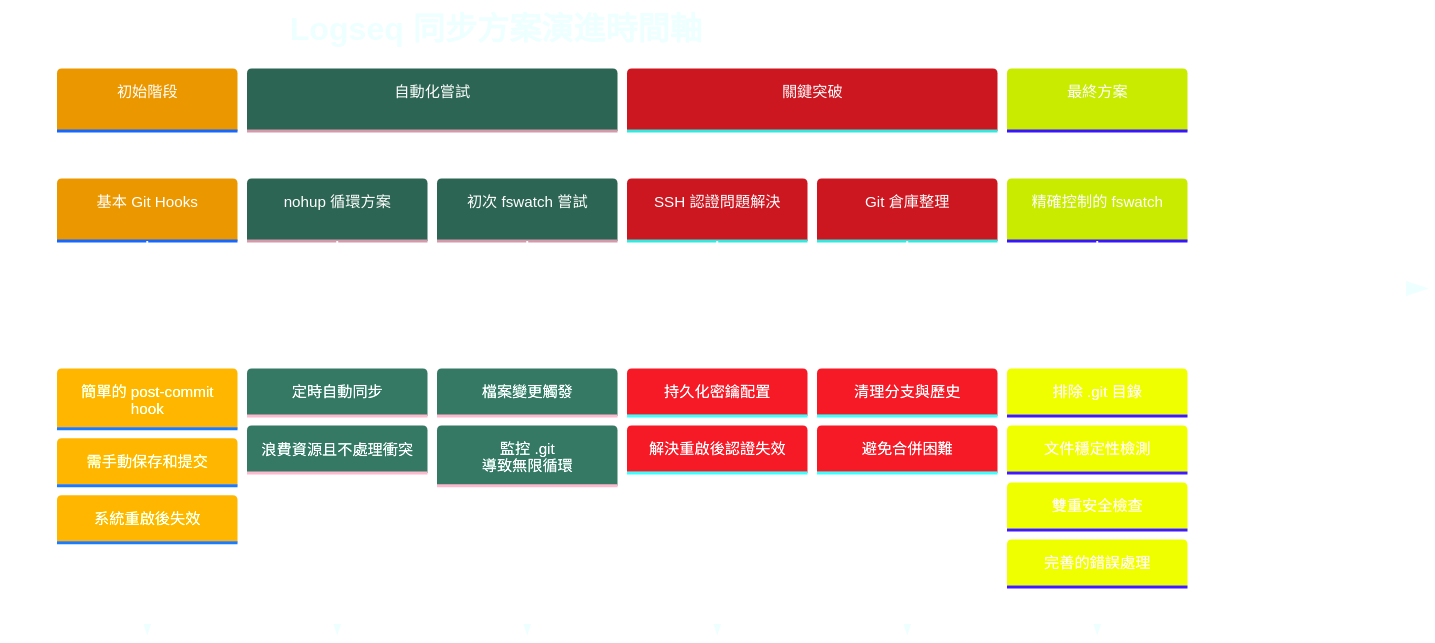
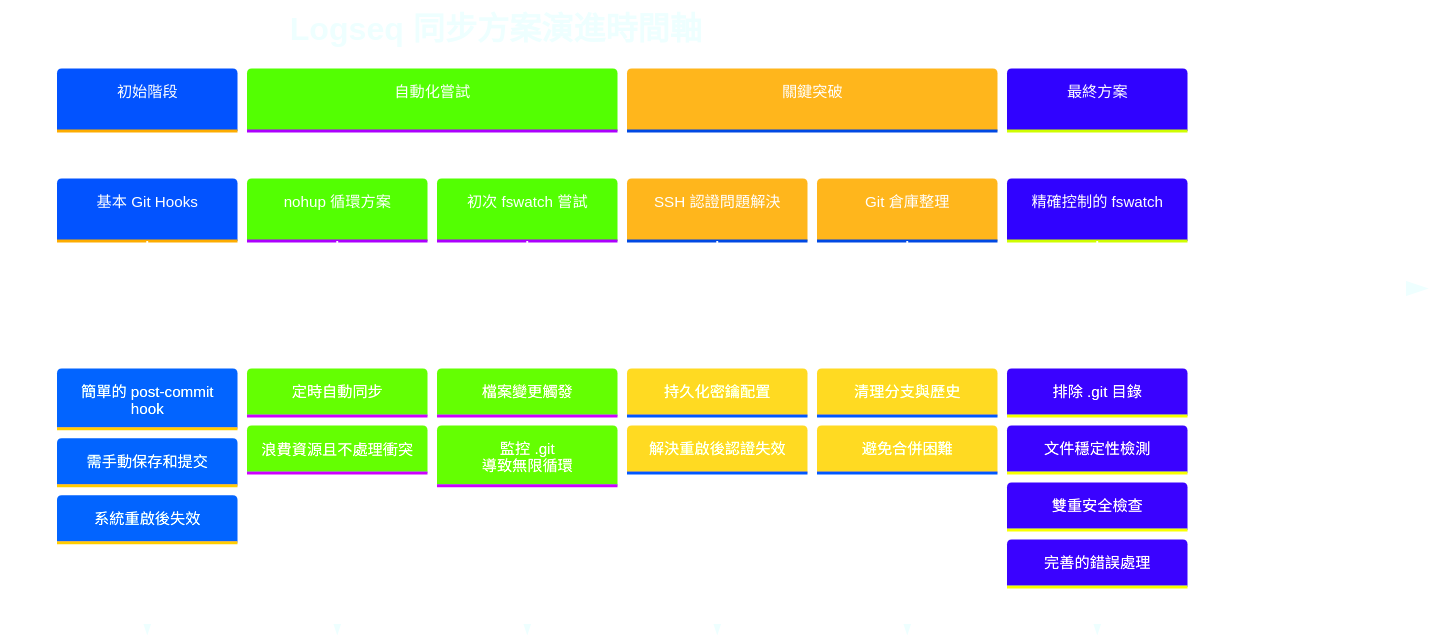
Before and after one commit to GengGeng026/Sync-Logseq: the first of 2 diagrams in Logseq同步方案演進記錄.md, drawn with Mermaid.

Commit message:
Auto saved by Logseq

````diff
--- a/Logseq同步方案演進記錄.md
+++ b/Logseq同步方案演進記錄.md
@@ -27,45 +27,42 @@
 ```mermaid
 %%{init: {
   'theme': 'base', 
   'themeVariables': {
-    'primaryColor': '#FFCB6B',
-    'secondaryColor': '#59B79A',
-    'tertiaryColor': '#F07178',
-    'quaternaryColor': '#651FFF',
+    'primaryColor': '#82AAFF',
     'primaryTextColor': '#FFFFFF',
     'primaryBorderColor': '#59B79A',
     'lineColor': '#C792EA',
     'background': 'transparent',
     'textColor': '#EEFFFF',
     'nodeBorder': '#59B79A',
     'clusterBkg': 'transparent',
     'titleColor': '#EEFFFF',
     'sectionBkgColor': '#273747',
     'sectionBkgColor2': '#334455',
     'sectionBkgColor3': '#3A4A5A',
     'sectionBkgColor4': '#42546A',
     'sectionBkgColor5': '#4B5E78'
   }
 }}%%
 timeline
     title Logseq 同步方案演進時間軸
     section 初始階段
         基本 Git Hooks : 簡單的 post-commit hook
         : 需手動保存和提交
         : 系統重啟後失效
     section 自動化嘗試
         nohup 循環方案 : 定時自動同步
         : 浪費資源且不處理衝突
         初次 fswatch 嘗試 : 檔案變更觸發
         : 監控 .git 導致無限循環
     section 關鍵突破
         SSH 認證問題解決 : 持久化密鑰配置
         : 解決重啟後認證失效
         Git 倉庫整理 : 清理分支與歷史
         : 避免合併困難
     section 最終方案
         精確控制的 fswatch : 排除 .git 目錄
         : 文件穩定性檢測
         : 雙重安全檢查
         : 完善的錯誤處理
 ```
````
